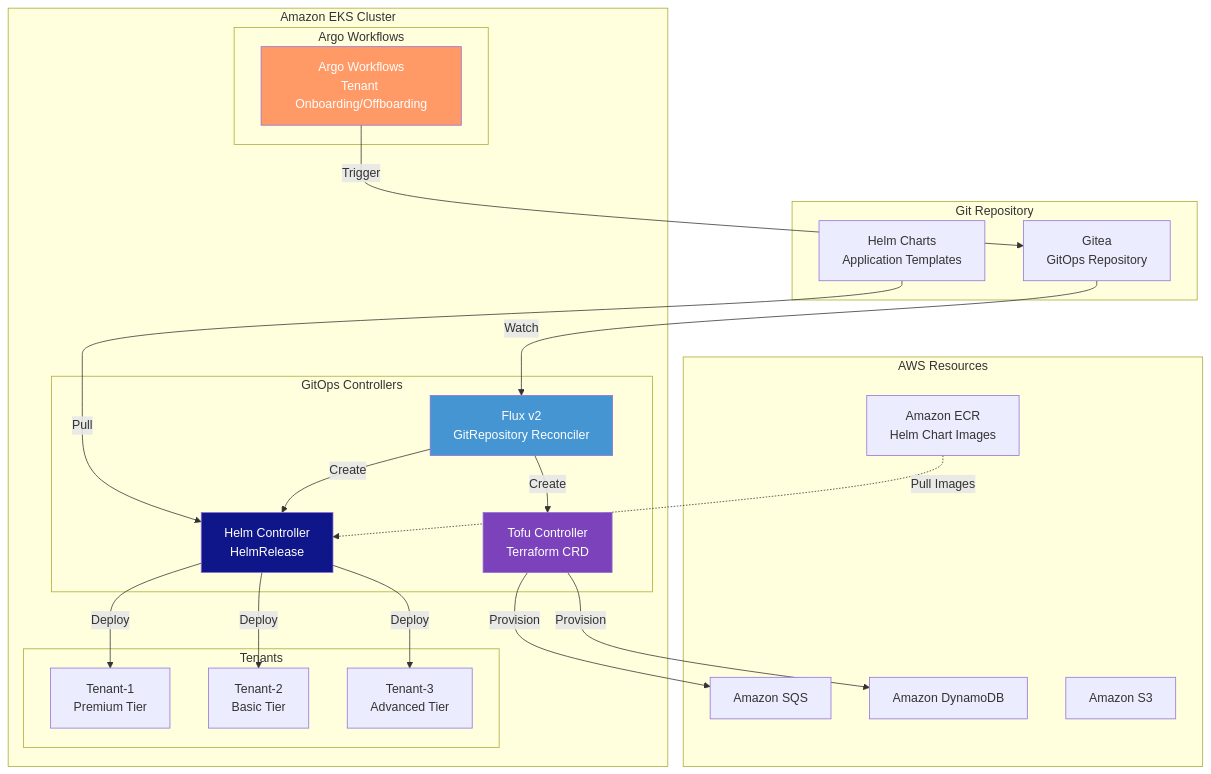
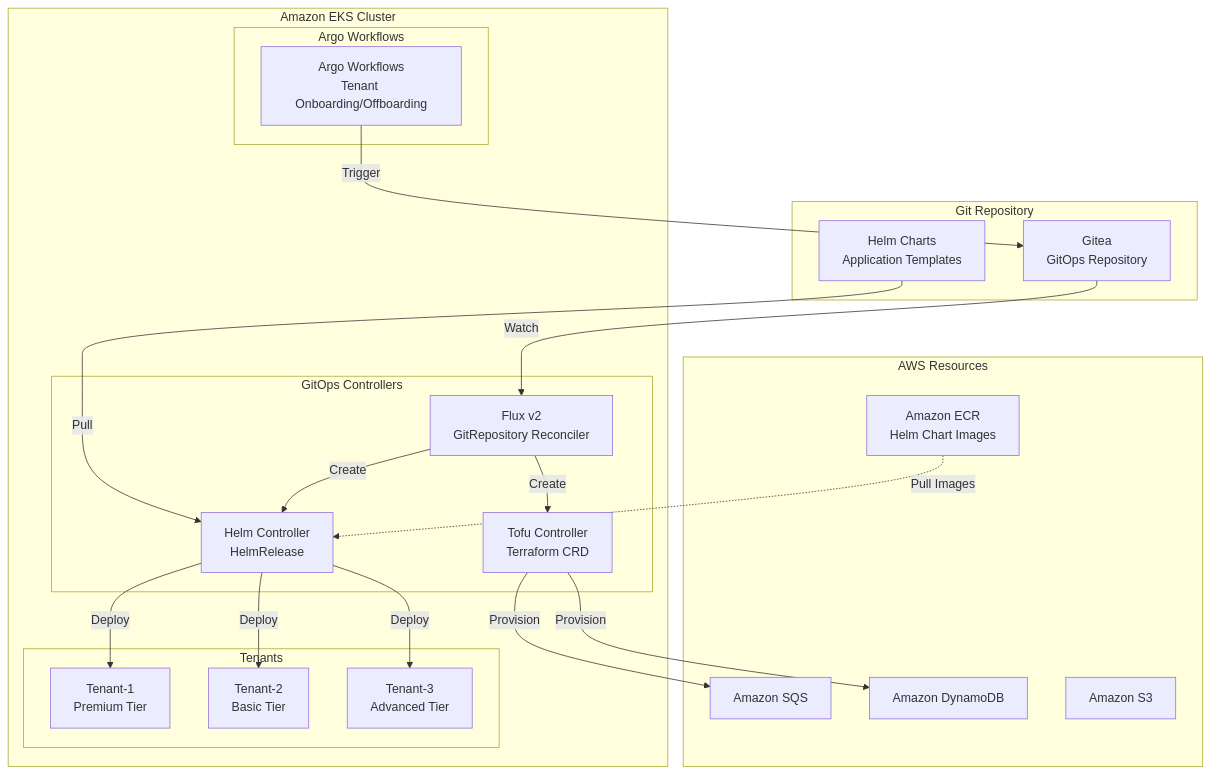
One commit to juwon8891/juwon8891.github.io changed the third of 7 diagrams in docs/eks/week6-cicd.md. Above: the diagram before and after it, drawn with Mermaid. The commit also changed other lines of this file and 18 other files, not shown here.

Commit message:
Remove bright colors from Mermaid diagrams for dark mode compatibility

````diff
--- a/docs/eks/week6-cicd.md
+++ b/docs/eks/week6-cicd.md
@@ -74,50 +67,46 @@
 ```mermaid
 graph TB
     subgraph "Git Repository"
         GR[Gitea<br/>GitOps Repository]
         HR[Helm Charts<br/>Application Templates]
     end
 
     subgraph "Amazon EKS Cluster"
         subgraph "GitOps Controllers"
             FC[Flux v2<br/>GitRepository Reconciler]
             TC[Tofu Controller<br/>Terraform CRD]
             HC[Helm Controller<br/>HelmRelease]
         end
 
         subgraph "Argo Workflows"
             AW[Argo Workflows<br/>Tenant Onboarding/Offboarding]
         end
 
         subgraph "Tenants"
             T1[Tenant-1<br/>Premium Tier]
             T2[Tenant-2<br/>Basic Tier]
             T3[Tenant-3<br/>Advanced Tier]
         end
     end
 
     subgraph "AWS Resources"
         ECR[Amazon ECR<br/>Helm Chart Images]
         SQS[Amazon SQS]
         DDB[Amazon DynamoDB]
         S3[Amazon S3]
     end
 
     GR -->|Watch| FC
     HR -->|Pull| HC
     FC -->|Create| TC
     FC -->|Create| HC
     TC -->|Provision| SQS
     TC -->|Provision| DDB
     HC -->|Deploy| T1
     HC -->|Deploy| T2
     HC -->|Deploy| T3
     ECR -.->|Pull Images| HC
 
     AW -->|Trigger| GR
 
-    style FC fill:#4495d1,color:#fff
-    style TC fill:#7B42BC,color:#fff
-    style HC fill:#0f1689,color:#fff
-    style AW fill:#f96,color:#fff
 ```
````
